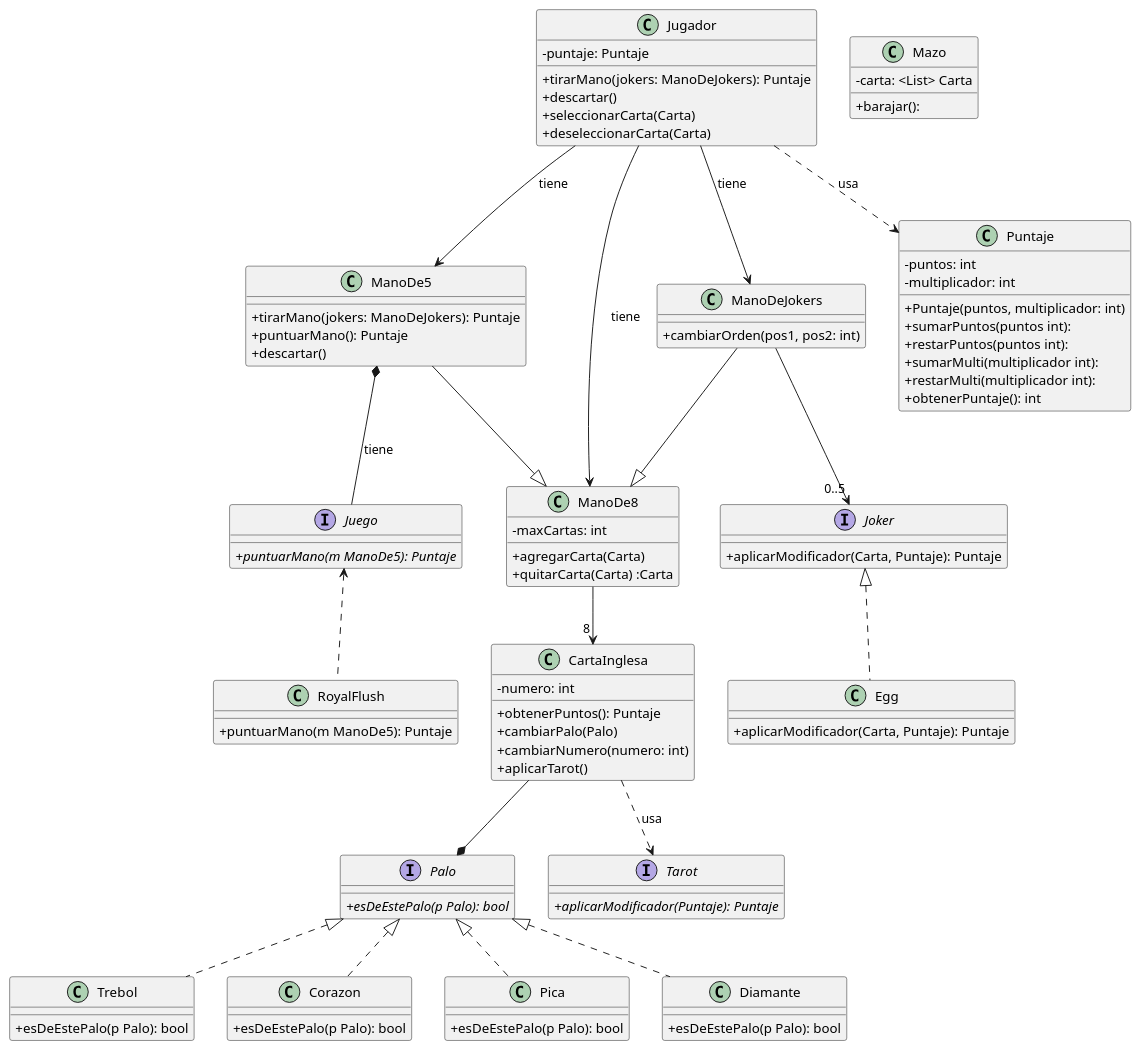
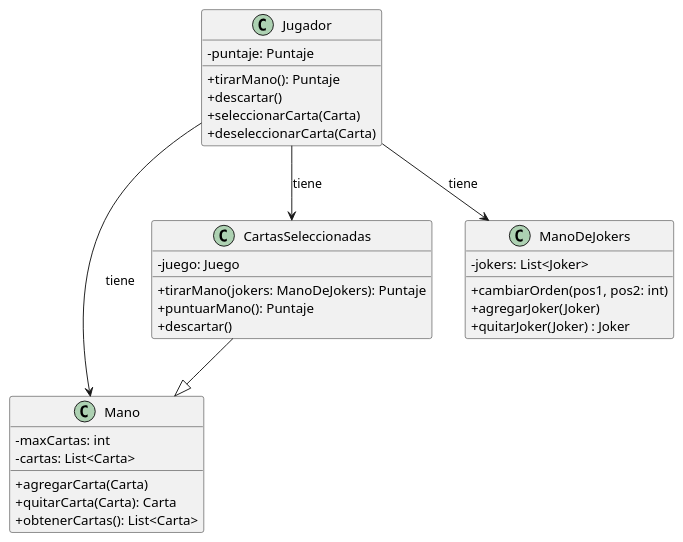
The diagram in diagrams/classes/clases_Todas.plantuml (fiuba/algo3_proyecto_base_tp2), drawn with PlantUML before and after one commit. The commit also changed other lines of this file and 11 other files, not shown here.

First line of the commit message:
Terminamos Diagramas - Entrega 0

```diff
--- a/diagrams/classes/clases_Todas.plantuml
+++ b/diagrams/classes/clases_Todas.plantuml
@@ -5,127 +1,46 @@
 @startuml Clases
 skinparam classAttributeIconSize 0
+'class Juego {
+'-ronda: Ronda
+'-jugador: Jugador
+'-tienda: Tienda
+'-mazo: Mazo
+'-panel: Panel
+'+Juego()
+'}
+
 class Jugador {
 -puntaje: Puntaje
-+tirarMano(jokers: ManoDeJokers): Puntaje
++tirarMano(): Puntaje
 +descartar()
 +seleccionarCarta(Carta)
 +deseleccionarCarta(Carta)
 }
 
-class Mazo {
--carta: <List> Carta
-+barajar():
+class Mano {
+-maxCartas: int
+-cartas: List<Carta>
++agregarCarta(Carta)
++quitarCarta(Carta): Carta
++obtenerCartas(): List<Carta>
 }
 
-class ManoDe8 {
--maxCartas: int
-+agregarCarta(Carta)
-+quitarCarta(Carta) :Carta
-}
-
-class ManoDe5 {
+class CartasSeleccionadas {
+-juego: Juego
 +tirarMano(jokers: ManoDeJokers): Puntaje
 +puntuarMano(): Puntaje
 +descartar()
 }
 
 class ManoDeJokers {
+-jokers: List<Joker>
 +cambiarOrden(pos1, pos2: int)
++agregarJoker(Joker)
++quitarJoker(Joker) : Joker
 }
 
-interface Joker {
-+aplicarModificador(Carta, Puntaje): Puntaje
-}
-
-ManoDeJokers -down-> "0..5" Joker
-
-class Egg {
-+aplicarModificador(Carta, Puntaje): Puntaje
-}
-
-Joker <|..  Egg
-
-
-class CartaInglesa {
--numero: int
-+obtenerPuntos(): Puntaje
-+cambiarPalo(Palo)
-+cambiarNumero(numero: int)
-+aplicarTarot()
-}
-
-interface Tarot {
-+{abstract}aplicarModificador(Puntaje): Puntaje
-}
-
-CartaInglesa ..> Tarot :usa
-
-interface Palo {
-+{abstract}esDeEstePalo(p Palo): bool
-}
-
-
-
-Interface Juego {
-+{abstract}puntuarMano(m ManoDe5): Puntaje
-}
-
-class RoyalFlush {
-+puntuarMano(m ManoDe5): Puntaje
-}
-
-RoyalFlush .up.> Juego
-
-ManoDe5 *--  Juego :tiene
-
-CartaInglesa --* Palo
-
-class Trebol {
-+esDeEstePalo(p Palo): bool
-}
-
-class Corazon {
-+esDeEstePalo(p Palo): bool
-}
-
-class Pica {
-+esDeEstePalo(p Palo): bool
-}
-
-class Diamante {
-+esDeEstePalo(p Palo): bool
-}
-
-Trebol .up.|> Palo
-Corazon .up.|> Palo
-Diamante .up.|> Palo
-Pica .up.|> Palo
-
-
-
-class Puntaje {
--puntos: int
--multiplicador: int
-+Puntaje(puntos, multiplicador: int)
-+sumarPuntos(puntos int):
-+restarPuntos(puntos int):
-+sumarMulti(multiplicador int):
-+restarMulti(multiplicador int):
-+obtenerPuntaje(): int
-}
-
-
-
-
-
-Jugador ..> Puntaje: "usa"
-
-Jugador --> ManoDe8: "tiene"
-Jugador --> ManoDe5: "tiene"
+Jugador --> Mano: "tiene"
+Jugador --> CartasSeleccionadas: "tiene"
 Jugador --> ManoDeJokers: "tiene"
-ManoDe5 --|> ManoDe8
-ManoDeJokers --|> ManoDe8
-
-ManoDe8 --> "8 "CartaInglesa
-' ManoDe5 "56 " <-- Mano
+CartasSeleccionadas --|> Mano
 @enduml
```
